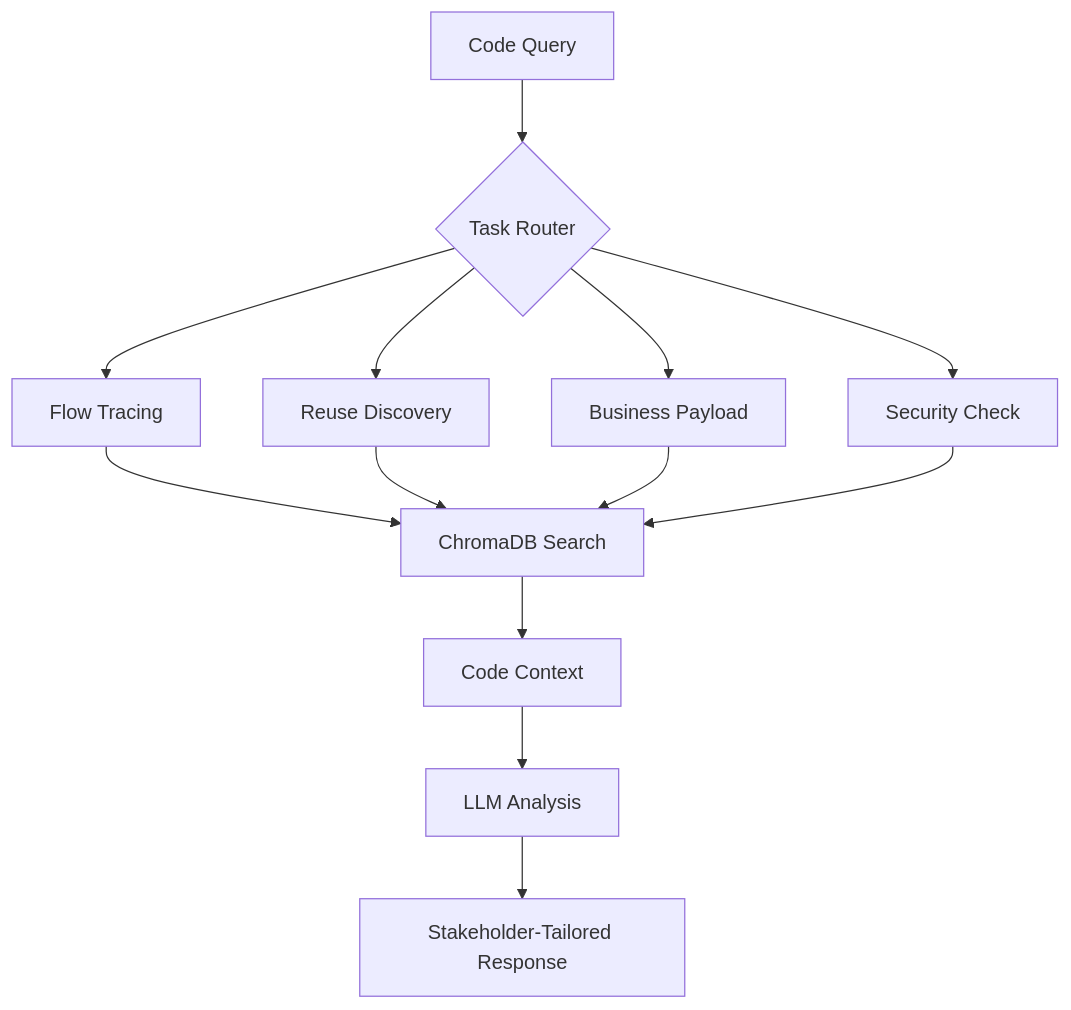
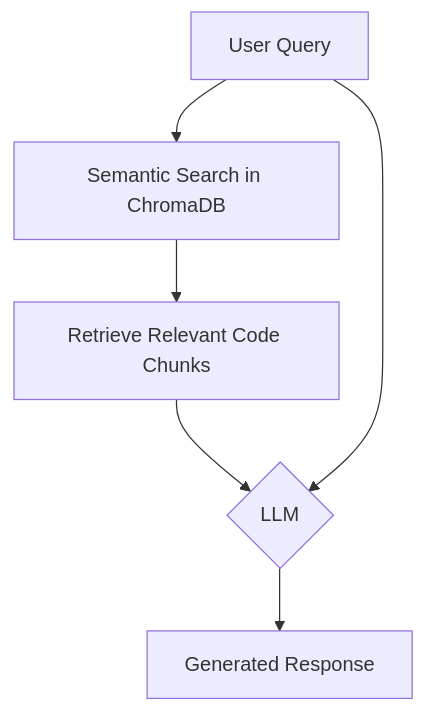
The first of 2 diagrams in README.md (flyawayfarfar/code-bot), drawn with Mermaid before and after one commit. The commit also changed other lines of this file and 2 other files, not shown here.

````diff
--- a/README.md
+++ b/README.md
@@ -32,15 +32,8 @@
 ```mermaid
 graph TD
-    A[Code Query] --> B{Task Router}
-    B --> C[Flow Tracing]
-    B --> D[Reuse Discovery] 
-    B --> E[Business Payload]
-    B --> F[Security Check]
-    C --> G[ChromaDB Search]
-    D --> G
-    E --> G
-    F --> G
-    G --> H[Code Context]
-    H --> I[LLM Analysis]
-    I --> J[Stakeholder-Tailored Response]
+    A[User Query] --> B[Semantic Search in ChromaDB];
+    B --> C[Retrieve Relevant Code Chunks];
+    C --> D{LLM};
+    A --> D;
+    D --> E[Generated Response];
 ```
````
